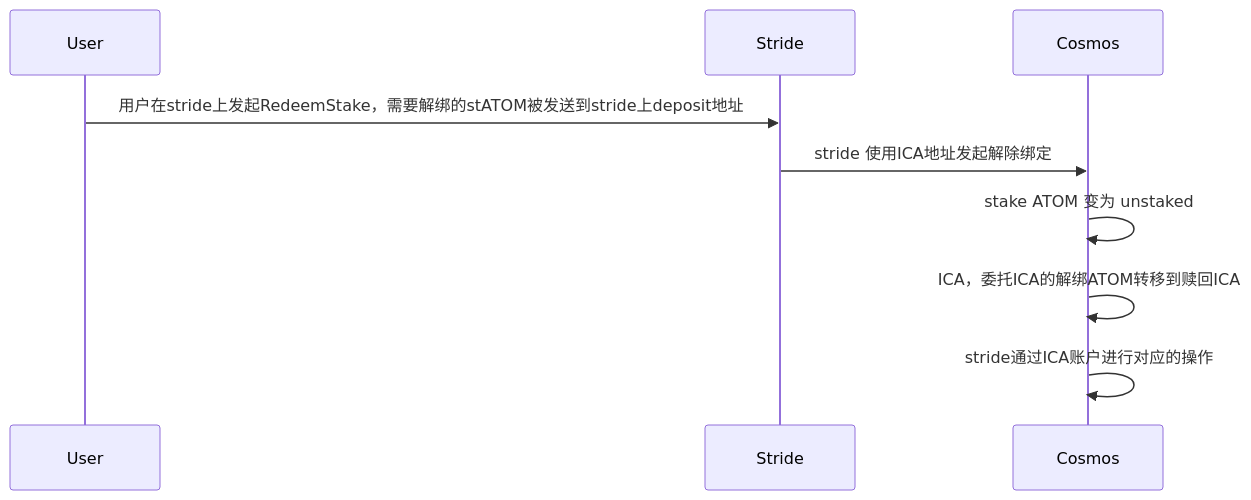
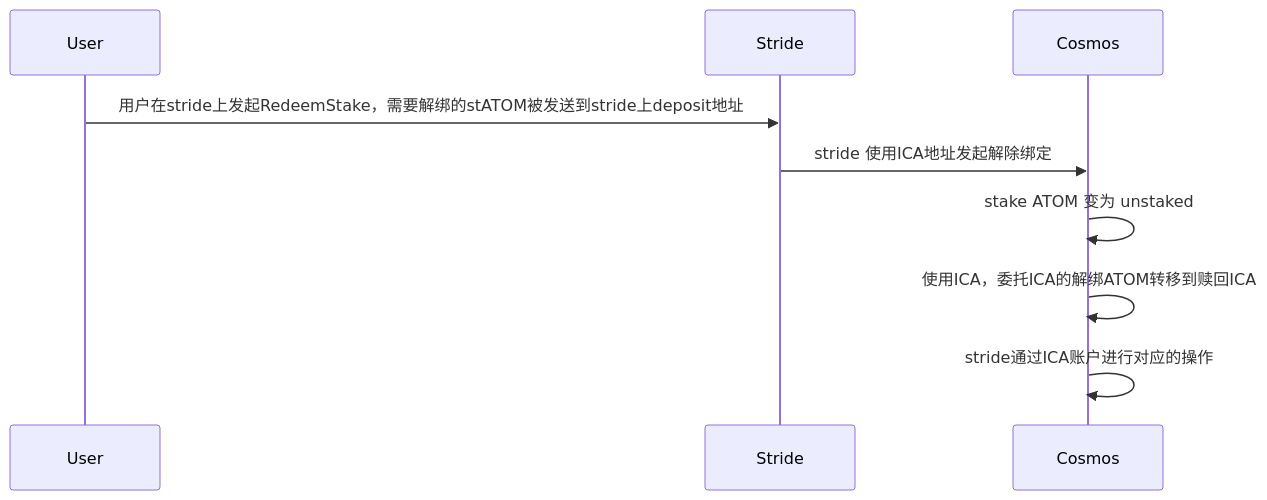
Before and after one commit to yingjianzh/iodraw-files: the diagram in all/unbonding.md, drawn with Mermaid.

Commit message:
2024-03-28 15:33:37 update

````diff
--- a/all/unbonding.md
+++ b/all/unbonding.md
@@ -1,8 +1,8 @@
 ```mermaid
 sequenceDiagram
     User->>Stride: 用户在stride上发起RedeemStake，需要解绑的stATOM被发送到stride上deposit地址
     Stride->>Cosmos: stride 使用ICA地址发起解除绑定
     Cosmos->>Cosmos: stake ATOM 变为 unstaked
-    Cosmos->>Cosmos: ICA，委托ICA的解绑ATOM转移到赎回ICA
+    Cosmos->>Cosmos: 使用ICA，委托ICA的解绑ATOM转移到赎回ICA
     Cosmos->>Cosmos: stride通过ICA账户进行对应的操作
 ```
````
